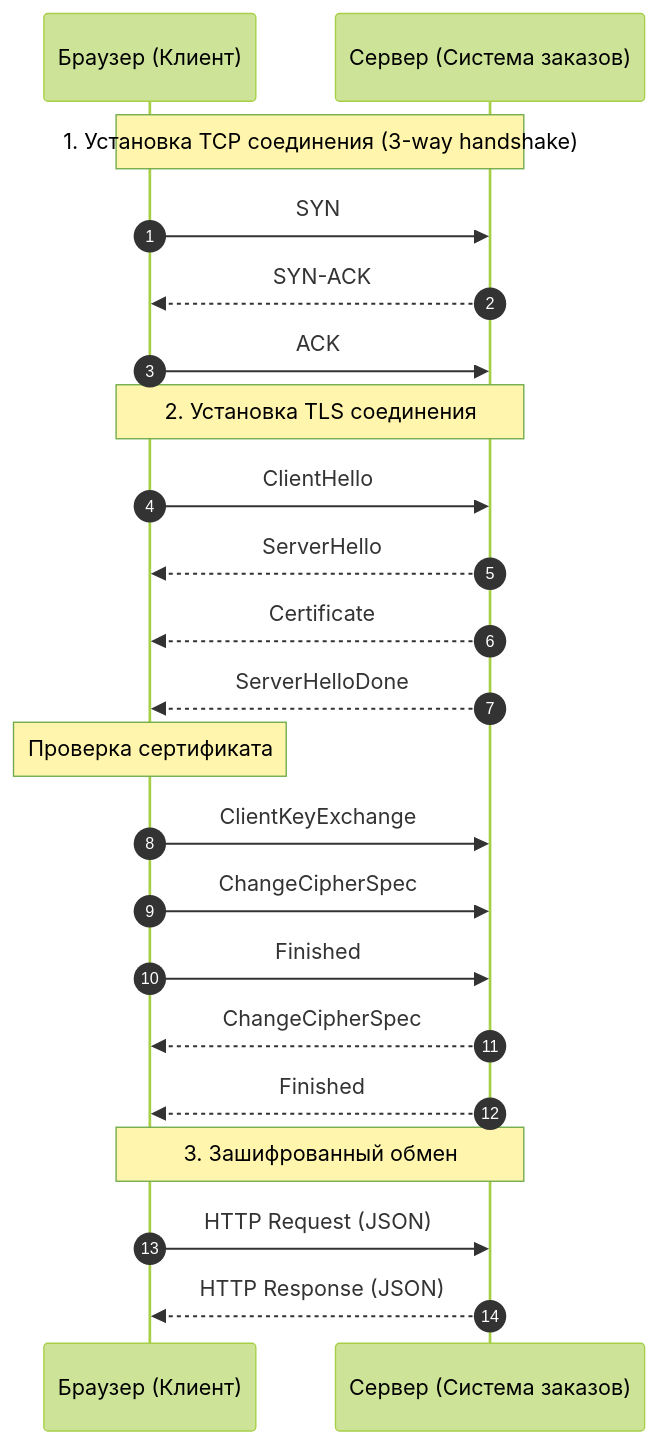
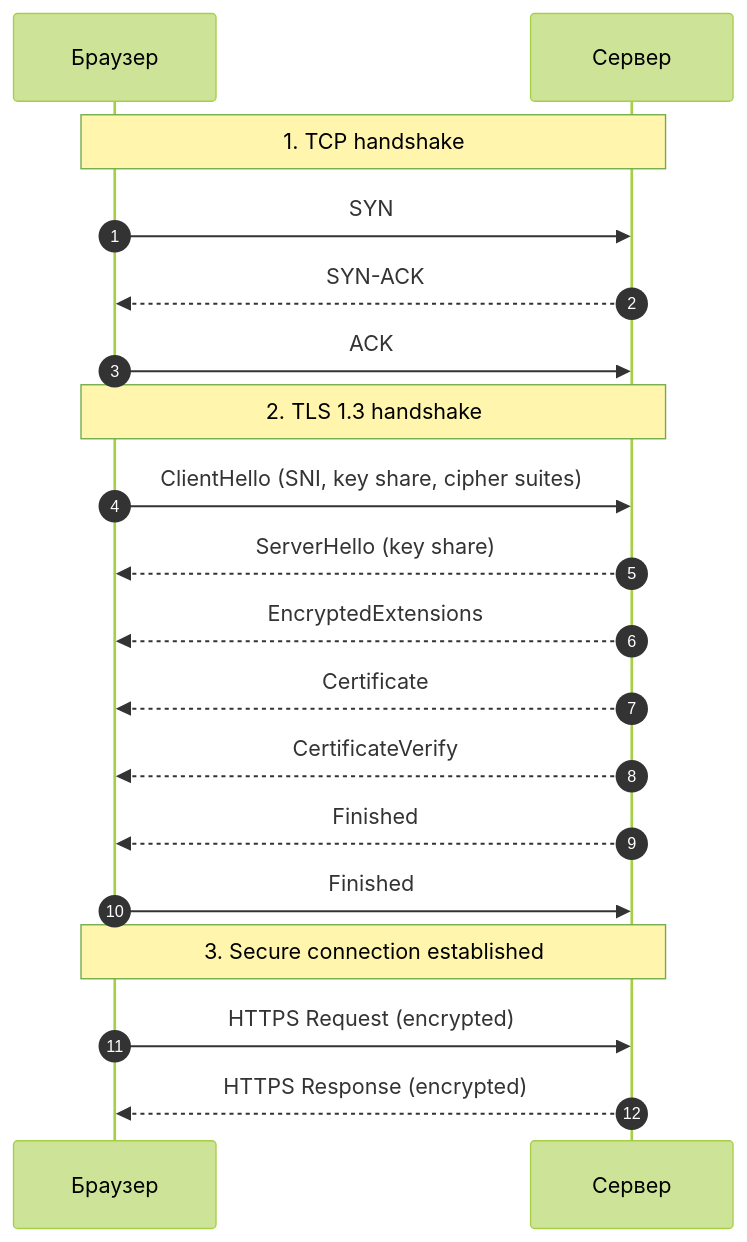
The diagram in index.md (BellaVData/network-diagrams), drawn with Mermaid (forest theme) before and after one commit.

````diff
--- a/index.md
+++ b/index.md
@@ -31,30 +31,25 @@
 ```mermaid
 sequenceDiagram
     autonumber
-    participant C as Браузер (Клиент)
-    participant S as Сервер (Система заказов)
-    
-    Note over C, S: 1. Установка TCP соединения (3-way handshake)
+    participant C as Браузер
+    participant S as Сервер
+
+    Note over C, S: 1. TCP handshake
     C->>S: SYN
     S-->>C: SYN-ACK
     C->>S: ACK
-    
-    Note over C, S: 2. Установка TLS соединения
-    C->>S: ClientHello
-    S-->>C: ServerHello
+
+    Note over C, S: 2. TLS 1.3 handshake
+    C->>S: ClientHello (SNI, key share, cipher suites)
+    S-->>C: ServerHello (key share)
+    S-->>C: EncryptedExtensions
     S-->>C: Certificate
-    S-->>C: ServerHelloDone
-    
-    Note over C: Проверка сертификата
-    
-    C->>S: ClientKeyExchange
-    C->>S: ChangeCipherSpec
+    S-->>C: CertificateVerify
+    S-->>C: Finished
+
     C->>S: Finished
-    
-    S-->>C: ChangeCipherSpec
-    S-->>C: Finished
-    
-    Note over C, S: 3. Зашифрованный обмен
-    C->>S: HTTP Request (JSON)
-    S-->>C: HTTP Response (JSON)
+
+    Note over C, S: 3. Secure connection established
+    C->>S: HTTPS Request (encrypted)
+    S-->>C: HTTPS Response (encrypted)
 ```
````
